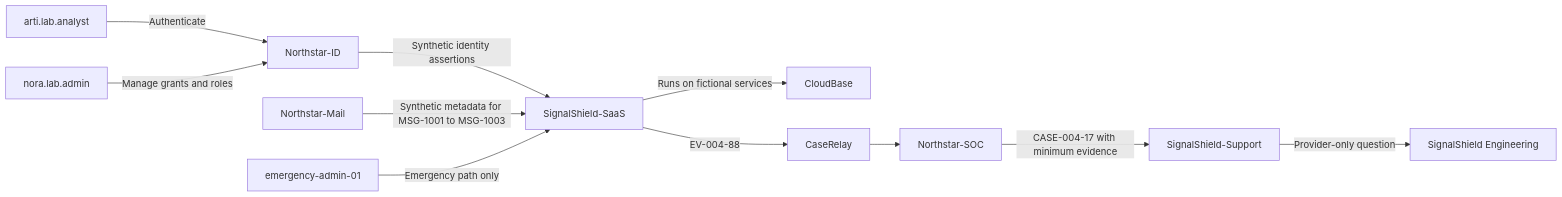
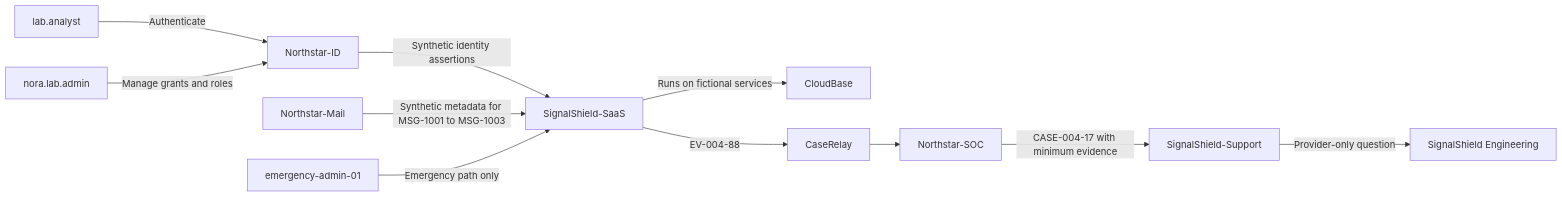
Before and after one commit to hichauhan-in/Interview-Prep: diagram 12 of 12 in AbnormalAI TSE/prep/Part-004-zero-trust-least-privilege-and-shared-responsibility.md, drawn with Mermaid. The commit also changed other lines of this file and 493 other files, not shown here.

````diff
--- a/AbnormalAI TSE/prep/Part-004-zero-trust-least-privilege-and-shared-responsibility.md
+++ b/AbnormalAI TSE/prep/Part-004-zero-trust-least-privilege-and-shared-responsibility.md
@@ -945,13 +945,13 @@
 ```mermaid
 flowchart LR
-    Analyst["arti.lab.analyst"] -->|"Authenticate"| IdP["Northstar-ID"]
+    Analyst["lab.analyst"] -->|"Authenticate"| IdP["Northstar-ID"]
     Admin["nora.lab.admin"] -->|"Manage grants and roles"| IdP
     IdP -->|"Synthetic identity assertions"| SaaS["SignalShield-SaaS"]
     Mail["Northstar-Mail"] -->|"Synthetic metadata for MSG-1001 to MSG-1003"| SaaS
     SaaS -->|"Runs on fictional services"| Cloud["CloudBase"]
     SaaS -->|"EV-004-88"| Relay["CaseRelay"]
     Relay --> SOC["Northstar-SOC"]
     SOC -->|"CASE-004-17 with minimum evidence"| Support["SignalShield-Support"]
     Support -->|"Provider-only question"| Eng["SignalShield Engineering"]
     BreakGlass["emergency-admin-01"] -->|"Emergency path only"| SaaS
 ```
````
